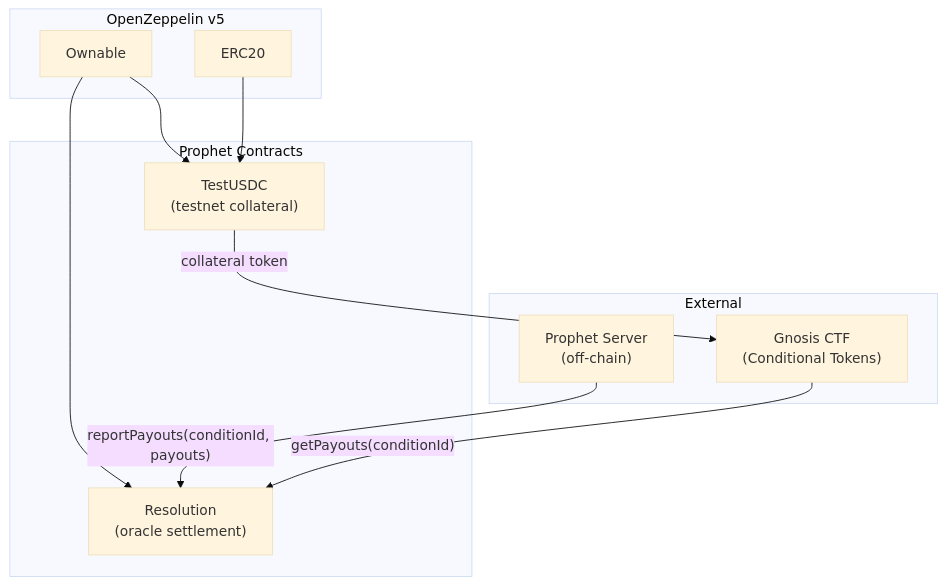
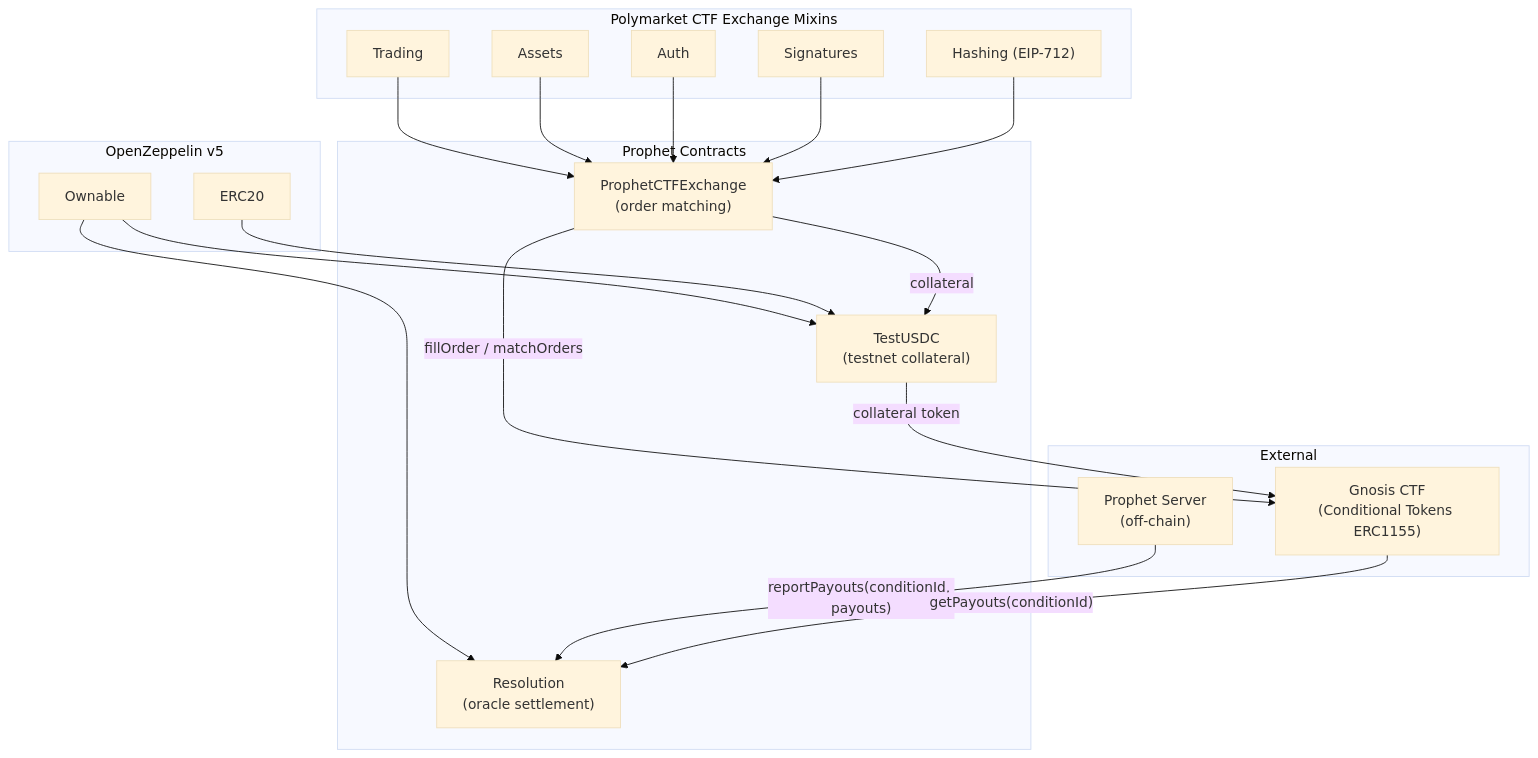
The first of 6 diagrams in README.md (ProphetMarket/contracts), drawn with Mermaid (base theme) before and after one commit. The commit also changed other lines of this file and 8 other files, not shown here.

First line of the commit message:
Adds ProphetCTFExchange contract and test suite

````diff
--- a/README.md
+++ b/README.md
@@ -27,25 +30,41 @@
 ```mermaid
 flowchart TD
     subgraph OpenZeppelin v5
         OZ_Ownable["Ownable"]
         OZ_ERC20["ERC20"]
     end
 
+    subgraph Polymarket CTF Exchange Mixins
+        Trading["Trading"]
+        Assets["Assets"]
+        Auth["Auth"]
+        Signatures["Signatures"]
+        Hashing["Hashing (EIP-712)"]
+    end
+
     subgraph Prophet Contracts
+        Exchange["ProphetCTFExchange\n(order matching)"]
         Resolution["Resolution\n(oracle settlement)"]
         TestUSDC["TestUSDC\n(testnet collateral)"]
     end
 
     subgraph External
-        CTF["Gnosis CTF\n(Conditional Tokens)"]
+        CTF["Gnosis CTF\n(Conditional Tokens ERC1155)"]
         ProphetServer["Prophet Server\n(off-chain)"]
     end
 
+    Trading --> Exchange
+    Assets --> Exchange
+    Auth --> Exchange
+    Signatures --> Exchange
+    Hashing --> Exchange
     OZ_Ownable --> Resolution
     OZ_Ownable --> TestUSDC
     OZ_ERC20 --> TestUSDC
 
+    Exchange -- "fillOrder / matchOrders" --> CTF
+    Exchange -- "collateral" --> TestUSDC
     ProphetServer -- "reportPayouts(conditionId, payouts)" --> Resolution
     CTF -- "getPayouts(conditionId)" --> Resolution
     TestUSDC -- "collateral token" --> CTF
 ```
````
